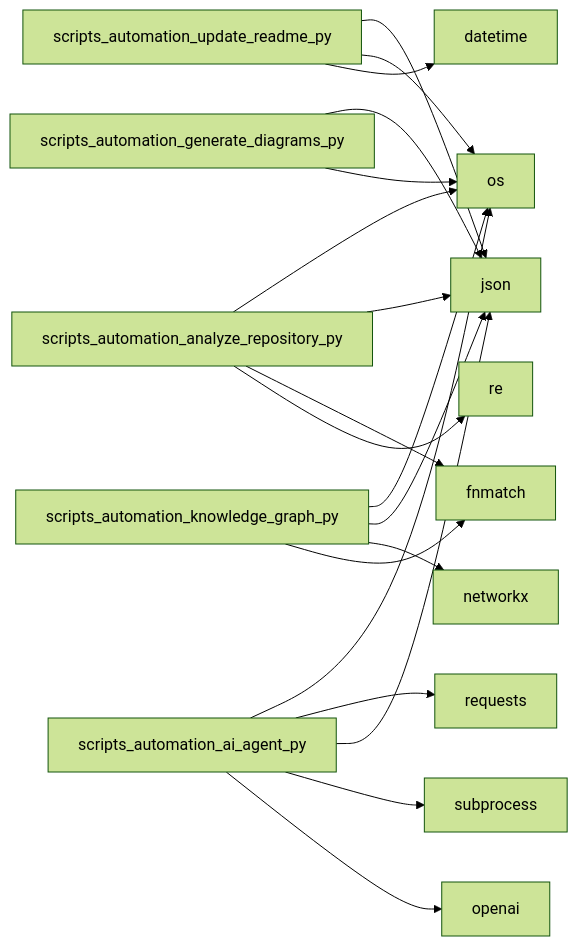
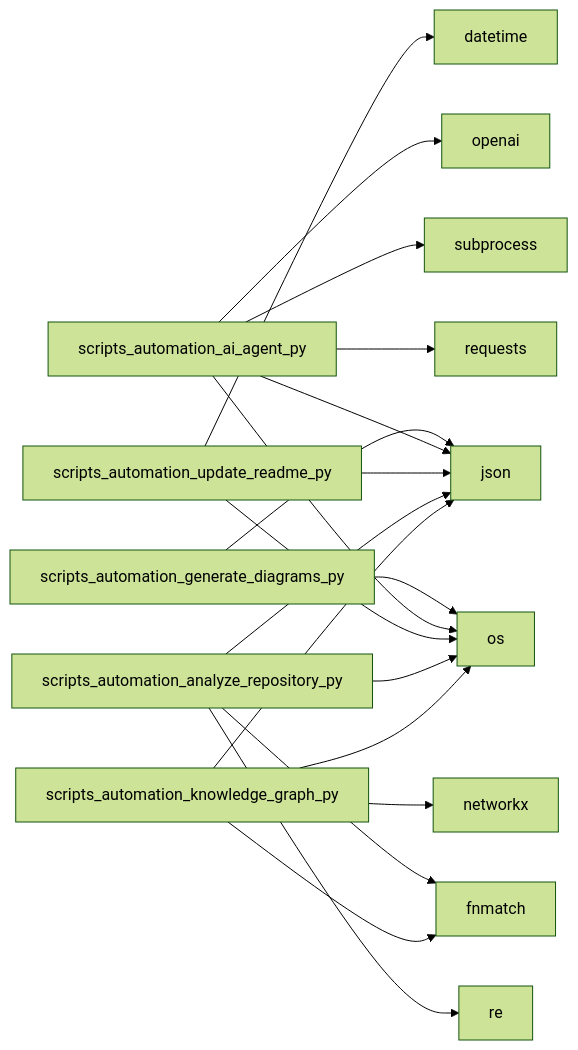
Before and after one commit to NITISH-R-G/FUTURE_DS_01: the second of 2 diagrams in README.md, drawn with Mermaid (forest theme). The commit also changed other lines of this file and 3 other files, not shown here.

Commit message:
docs: auto-update repository state and diagrams [skip auto]

````diff
--- a/README.md
+++ b/README.md
@@ -39,21 +39,21 @@
 ```mermaid
 graph LR;
+    scripts_automation_generate_diagrams_py --> json;
+    scripts_automation_generate_diagrams_py --> os;
+    scripts_automation_ai_agent_py --> os;
+    scripts_automation_ai_agent_py --> requests;
+    scripts_automation_ai_agent_py --> json;
+    scripts_automation_ai_agent_py --> subprocess;
+    scripts_automation_ai_agent_py --> openai;
     scripts_automation_update_readme_py --> json;
     scripts_automation_update_readme_py --> os;
     scripts_automation_update_readme_py --> datetime;
     scripts_automation_analyze_repository_py --> os;
     scripts_automation_analyze_repository_py --> json;
     scripts_automation_analyze_repository_py --> fnmatch;
     scripts_automation_analyze_repository_py --> re;
-    scripts_automation_ai_agent_py --> os;
-    scripts_automation_ai_agent_py --> requests;
-    scripts_automation_ai_agent_py --> json;
-    scripts_automation_ai_agent_py --> subprocess;
-    scripts_automation_ai_agent_py --> openai;
-    scripts_automation_generate_diagrams_py --> json;
-    scripts_automation_generate_diagrams_py --> os;
     scripts_automation_knowledge_graph_py --> os;
     scripts_automation_knowledge_graph_py --> json;
     scripts_automation_knowledge_graph_py --> networkx;
     scripts_automation_knowledge_graph_py --> fnmatch;
 ```
````
